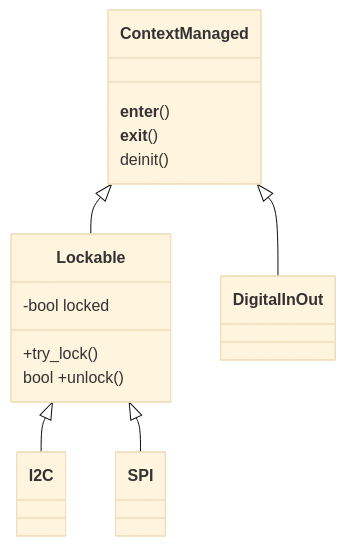
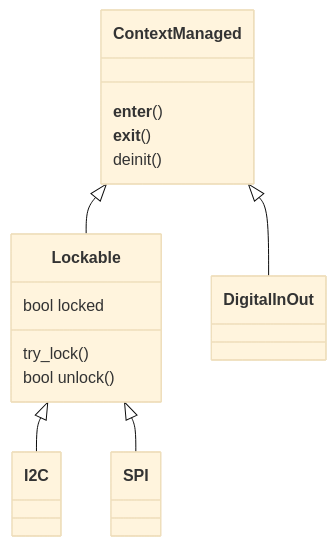
Before and after one commit to Marik28/dissertation: the second of 7 diagrams in data/diagrams/диаграмма классов.md, drawn with Mermaid (base theme). The commit also changed other lines of this file and 8 other files, not shown here.

````diff
--- a/data/diagrams/диаграмма классов.md
+++ b/data/diagrams/диаграмма классов.md
@@ -125,20 +125,20 @@
 ```mermaid
 classDiagram
 
     Lockable <|-- I2C
     Lockable <|-- SPI
     ContextManaged <|-- Lockable
     ContextManaged <|-- DigitalInOut
     
     class Lockable {
-        -bool locked 
-        +try_lock() 
-        bool +unlock() 
+        bool locked 
+        try_lock() 
+        bool unlock() 
     }
     
     class ContextManaged {
         __enter__() 
         __exit__()
         deinit() 
     }
 ```
````
